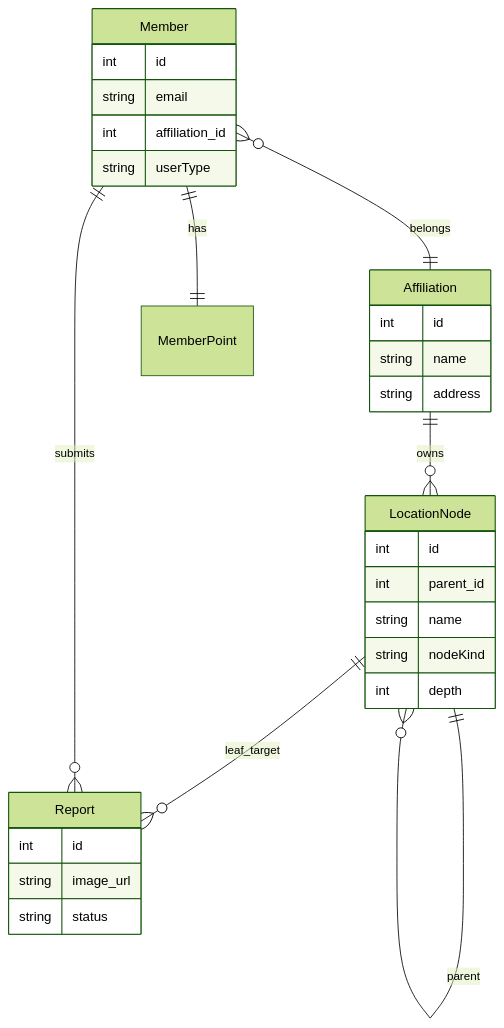
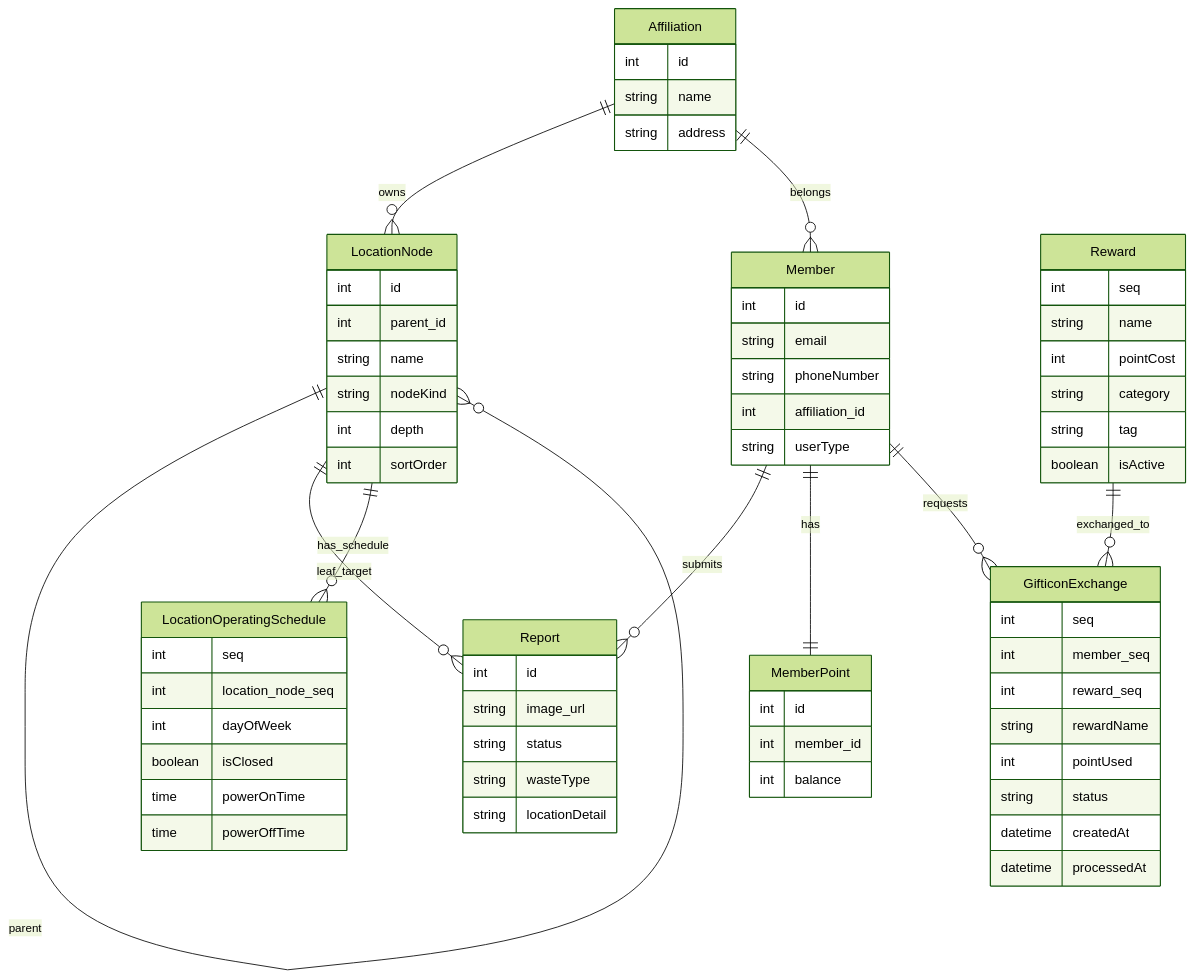
Before and after one commit to ravenkim/sundry_study: the third of 5 diagrams in docs/최종 제안서/6_시스템구조.md, drawn with Mermaid (forest theme). The commit also changed other lines of this file and 30 other files, not shown here.

````diff
--- a/docs/최종 제안서/6_시스템구조.md
+++ b/docs/최종 제안서/6_시스템구조.md
@@ -145,36 +157,78 @@
 ```mermaid
 erDiagram
   Affiliation ||--o{ LocationNode : owns
+  Affiliation ||--o{ Member : belongs
   LocationNode ||--o{ LocationNode : parent
   LocationNode ||--o{ Report : leaf_target
+  LocationNode ||--o{ LocationOperatingSchedule : has_schedule
   Member ||--o{ Report : submits
-  Member }o--|| Affiliation : belongs
   Member ||--|| MemberPoint : has
+  Member ||--o{ GifticonExchange : requests
+  Reward ||--o{ GifticonExchange : exchanged_to
 
   Affiliation {
     int id
     string name
     string address
   }
 
   LocationNode {
     int id
     int parent_id
     string name
     string nodeKind
     int depth
+    int sortOrder
+  }
+
+  LocationOperatingSchedule {
+    int seq
+    int location_node_seq
+    int dayOfWeek
+    boolean isClosed
+    time powerOnTime
+    time powerOffTime
   }
 
   Member {
     int id
     string email
+    string phoneNumber
     int affiliation_id
     string userType
   }
 
   Report {
     int id
     string image_url
     string status
+    string wasteType
+    string locationDetail
+  }
+
+  MemberPoint {
+    int id
+    int member_id
+    int balance
+  }
+
+  Reward {
+    int seq
+    string name
+    int pointCost
+    string category
+    string tag
+    boolean isActive
+  }
+
+  GifticonExchange {
+    int seq
+    int member_seq
+    int reward_seq
+    string rewardName
+    int pointUsed
+    string status
+    datetime createdAt
+    datetime processedAt
   }
 ```
````
